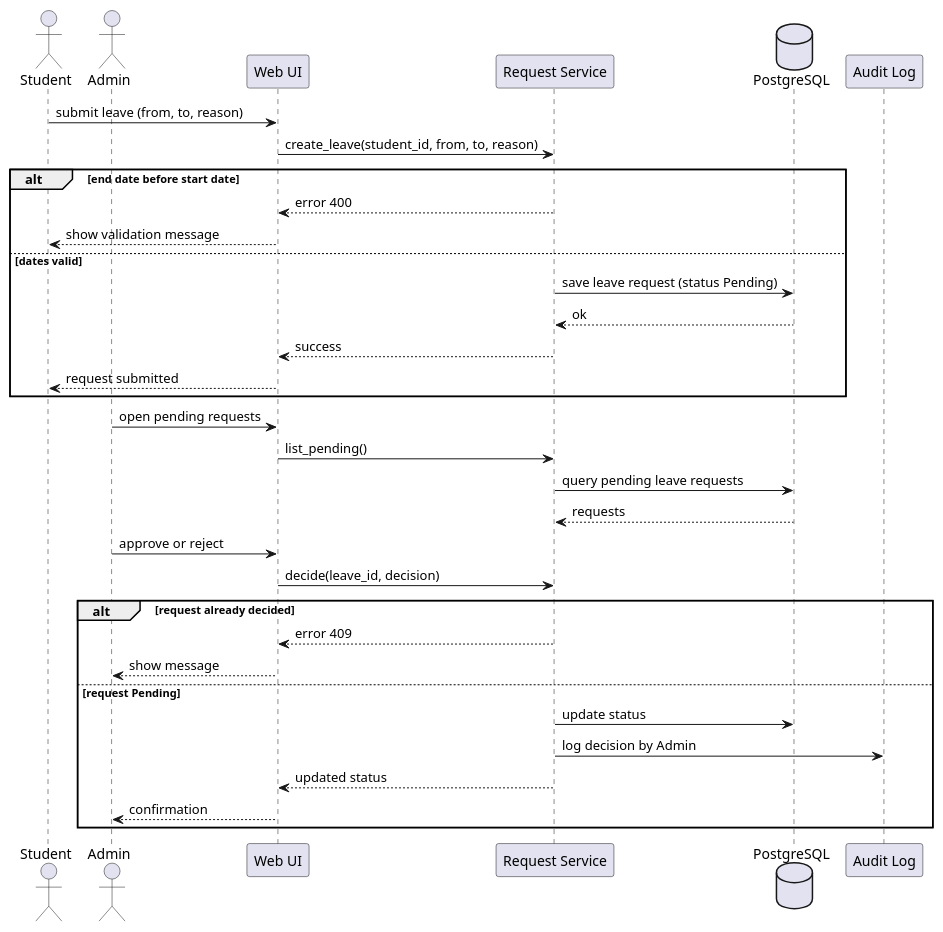
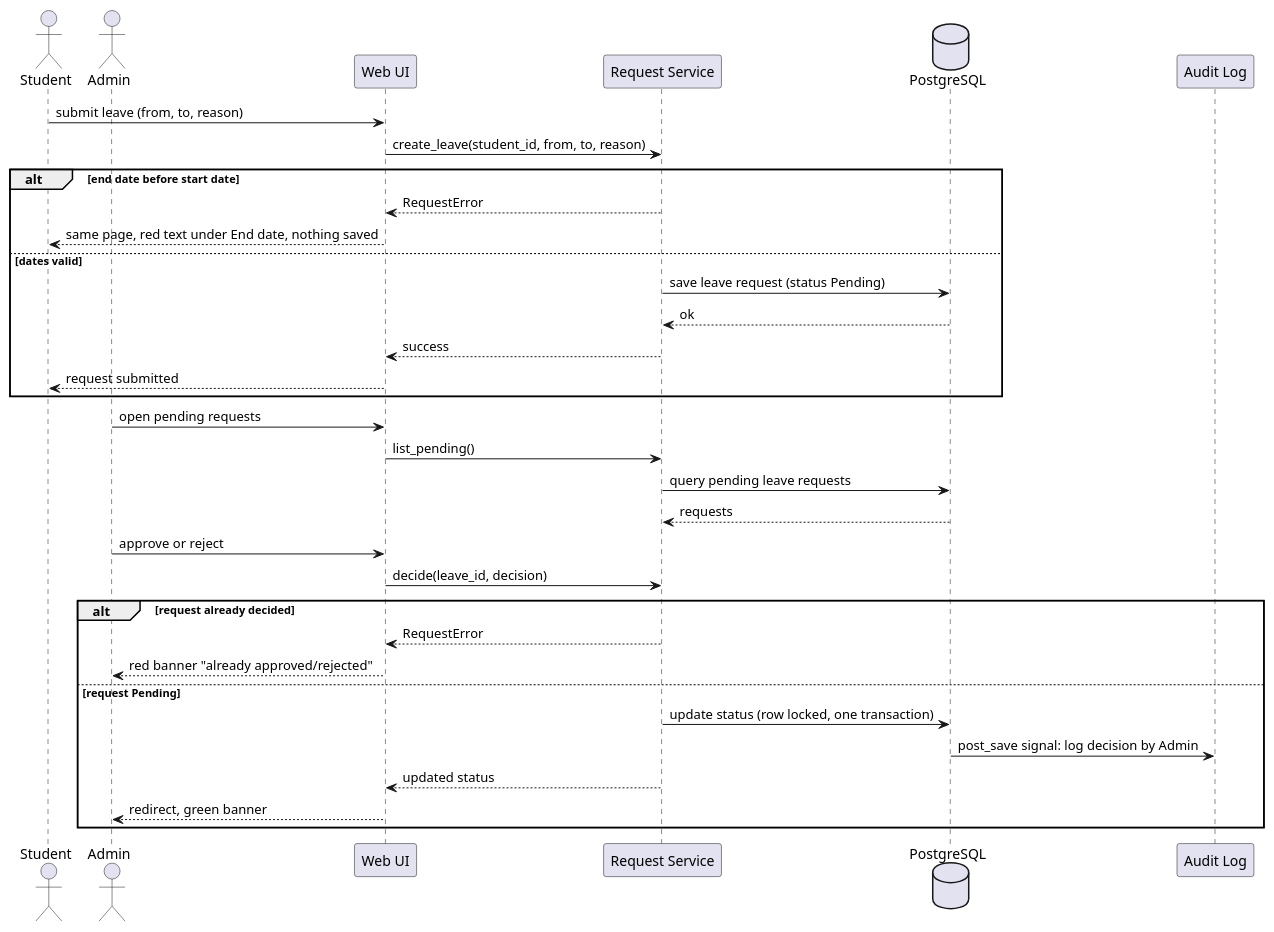
The diagram in docs/diagrams/seq_leave_approval.puml (Hostel-Management-System-PES/SE-Jackfruit-Hostel-Management-System), drawn with PlantUML before and after one commit. The commit also changed 10 other files, not shown here.

Commit message:
Docs: final SRS, SAD and STP after Sprint 2, with updated diagrams

```diff
--- a/docs/diagrams/seq_leave_approval.puml
+++ b/docs/diagrams/seq_leave_approval.puml
@@ -1,34 +1,34 @@
 @startuml
 actor Student
 actor Admin
 participant "Web UI" as UI
 participant "Request Service" as REQ
 database "PostgreSQL" as DB
 participant "Audit Log" as LOG
 Student -> UI: submit leave (from, to, reason)
 UI -> REQ: create_leave(student_id, from, to, reason)
 alt end date before start date
-  REQ --> UI: error 400
-  UI --> Student: show validation message
+  REQ --> UI: RequestError
+  UI --> Student: same page, red text under End date, nothing saved
 else dates valid
   REQ -> DB: save leave request (status Pending)
   DB --> REQ: ok
   REQ --> UI: success
   UI --> Student: request submitted
 end
 Admin -> UI: open pending requests
 UI -> REQ: list_pending()
 REQ -> DB: query pending leave requests
 DB --> REQ: requests
 Admin -> UI: approve or reject
 UI -> REQ: decide(leave_id, decision)
 alt request already decided
-  REQ --> UI: error 409
-  UI --> Admin: show message
+  REQ --> UI: RequestError
+  UI --> Admin: red banner "already approved/rejected"
 else request Pending
-  REQ -> DB: update status
-  REQ -> LOG: log decision by Admin
+  REQ -> DB: update status (row locked, one transaction)
+  DB -> LOG: post_save signal: log decision by Admin
   REQ --> UI: updated status
-  UI --> Admin: confirmation
+  UI --> Admin: redirect, green banner
 end
 @enduml
```
